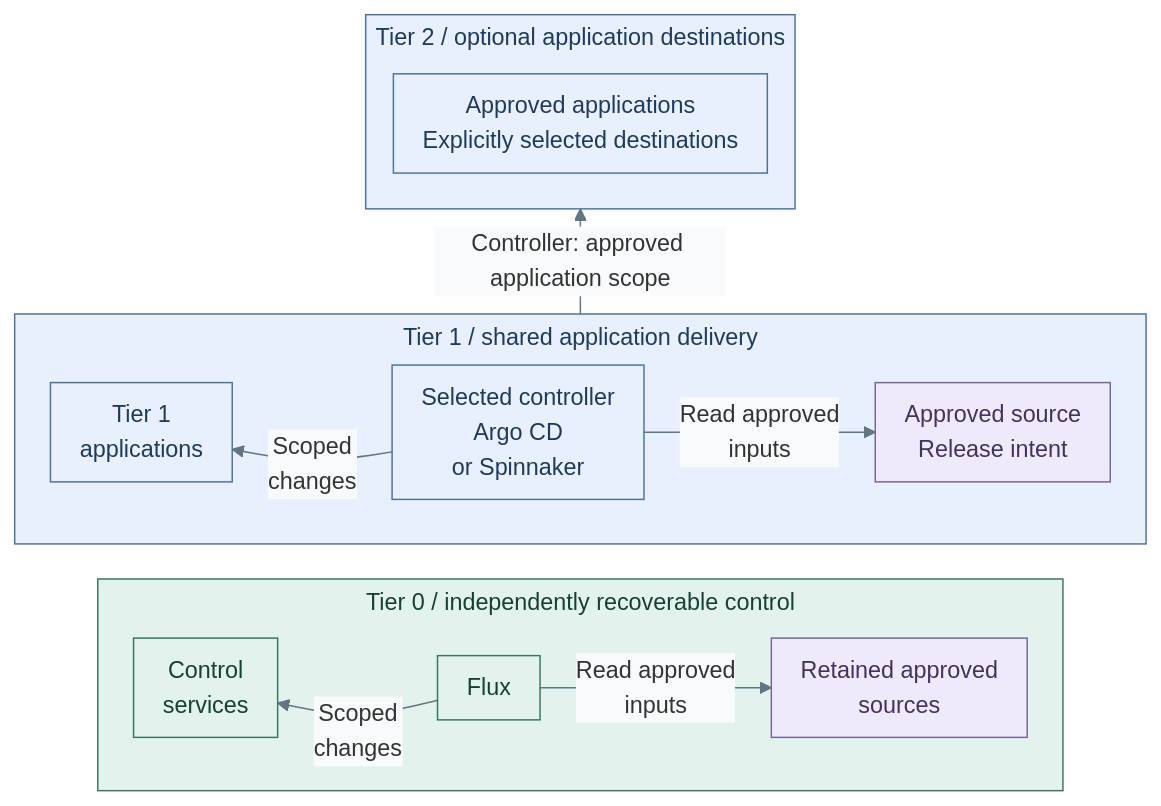
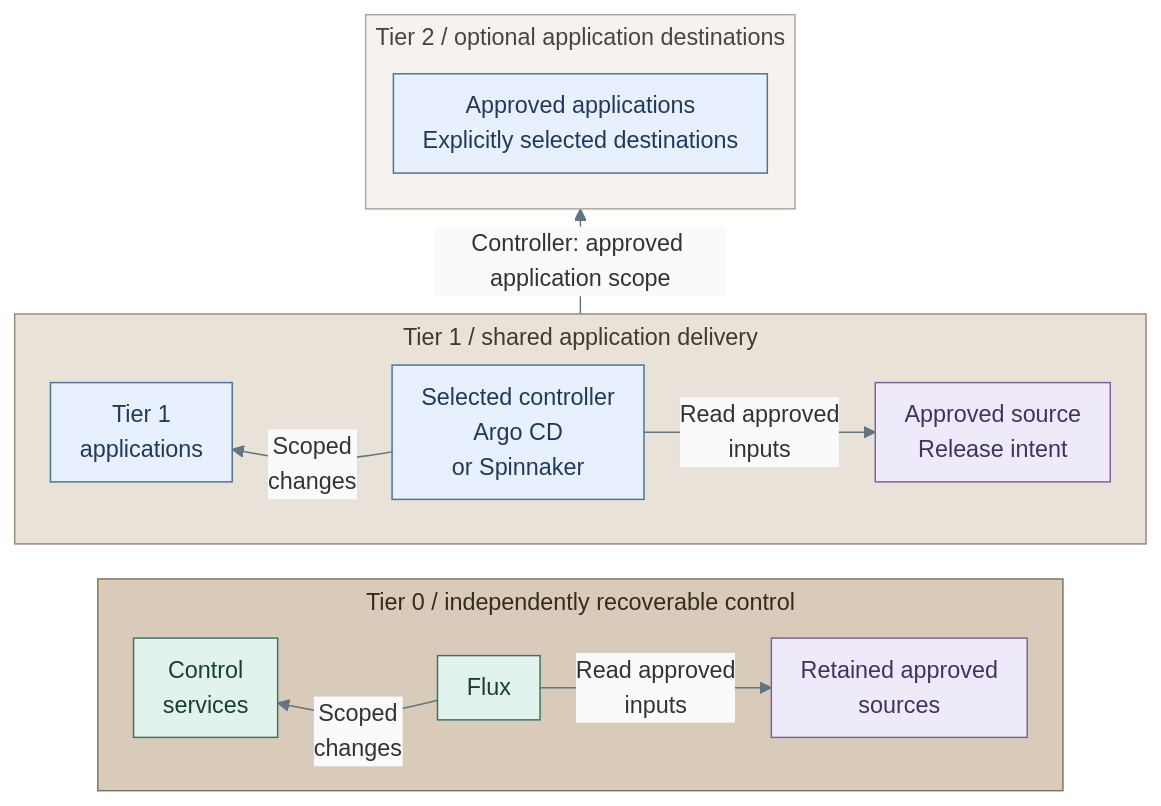
The diagram in docs/01-architecture/10-delivery/02-controllers.md (Rexus/homelab), drawn with Mermaid before and after one commit. The commit also changed 108 other files, not shown here.

Commit message:
docs(diagrams): unify visual language and opening views

````diff
--- a/docs/01-architecture/10-delivery/02-controllers.md
+++ b/docs/01-architecture/10-delivery/02-controllers.md
@@ -17,34 +17,40 @@
 ```mermaid
 %%{init: {"theme":"base","flowchart":{"nodeSpacing":18,"rankSpacing":24,"padding":10,"wrappingWidth":300,"subGraphTitleMargin":{"top":4,"bottom":12}},"themeVariables":{"lineColor":"#627581","edgeLabelBackground":"#f8fafc"}}}%%
 flowchart BT
   subgraph T2["Tier 2 / optional application destinations"]
     Workload["Approved applications<br/>Explicitly selected destinations"]
   end
   subgraph T1["Tier 1 / shared application delivery"]
     direction LR
     Platform["Tier 1<br/>applications"]
     D["Selected controller<br/>Argo CD<br/>or Spinnaker"]
     Release["Approved source<br/>Release intent"]
     Platform ~~~ D
     D -- "Scoped<br/>changes" --> Platform
     D -- "Read approved<br/>inputs" --> Release
   end
   subgraph T0["Tier 0 / independently recoverable control"]
     direction LR
     Control["Control<br/>services"]
     F["Flux"]
     Approved["Retained approved<br/>sources"]
     Control ~~~ F
     F -- "Scoped<br/>changes" --> Control
     F -- "Read approved<br/>inputs" --> Approved
   end
   T0 ~~~ T1
   T1 -- "Controller: approved application scope" --> T2
   classDef default fill:#f8fafc,stroke:#64748b,color:#1f2937
   classDef services fill:#e7f0fc,stroke:#4d719b,color:#203a5b
   classDef control fill:#e2f3ed,stroke:#397366,color:#173f36
   classDef data fill:#eeeafa,stroke:#78639b,color:#42325d
-  class T2,T1,Workload,Platform,D services
-  class T0,F,Control control
+  class Workload,Platform,D services
+  class F,Control control
   class Release,Approved data
+  classDef tier0 fill:#d8cbb9,stroke:#83715a,color:#352a1e
+  class T0 tier0
+  classDef tier1 fill:#e9e2d8,stroke:#968976,color:#44382a
+  class T1 tier1
+  classDef tier2 fill:#f6f3ef,stroke:#aca59b,color:#4b443c
+  class T2 tier2
 ```
````
